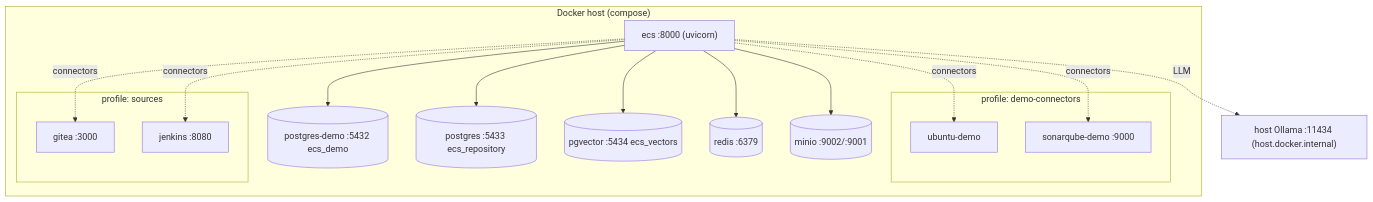
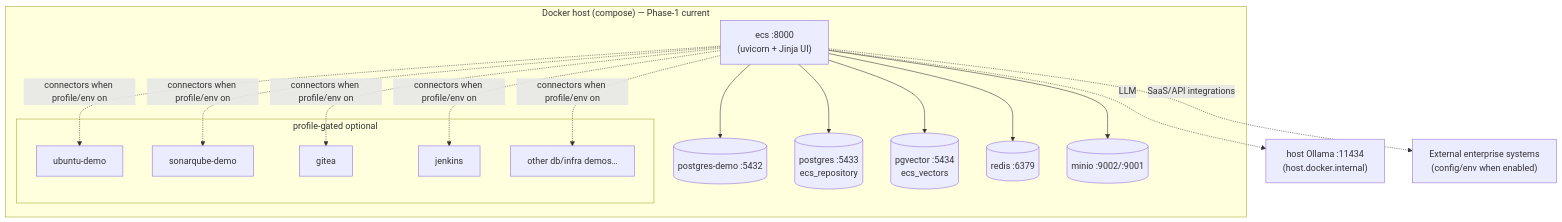
The first of 7 diagrams in docs/02-architecture/architecture/ecs_deployment_architecture.md (ECS-Platform/ecs-enterprise-backup), drawn with Mermaid before and after one commit. The commit also changed other lines of this file and 25 other files, not shown here.

Commit message:
docs: complete Phase-1 architecture documentation

````diff
--- a/docs/02-architecture/architecture/ecs_deployment_architecture.md
+++ b/docs/02-architecture/architecture/ecs_deployment_architecture.md
@@ -38,23 +78,24 @@
 ```mermaid
 graph TD
-  subgraph Host["Docker host (compose)"]
-    ECS["ecs :8000 (uvicorn)"]
-    PGD[("postgres-demo :5432 ecs_demo")]
-    PGR[("postgres :5433 ecs_repository")]
-    PGV[("pgvector :5434 ecs_vectors")]
+  subgraph Host["Docker host (compose) — Phase-1 current"]
+    ECS["ecs :8000\n(uvicorn + Jinja UI)"]
+    PGD[("postgres-demo :5432")]
+    PGR[("postgres :5433\necs_repository")]
+    PGV[("pgvector :5434\necs_vectors")]
     RDS[("redis :6379")]
     OBJ[("minio :9002/:9001")]
-    subgraph demoConnectors["profile: demo-connectors"]
+    subgraph Profiles["profile-gated optional"]
       UB["ubuntu-demo"]
-      SQ["sonarqube-demo :9000"]
-    end
-    subgraph sources["profile: sources"]
-      GIT["gitea :3000"]
-      JEN["jenkins :8080"]
+      SQ["sonarqube-demo"]
+      GIT["gitea"]
+      JEN["jenkins"]
+      OTHER["other db/infra demos…"]
     end
   end
-  OLL["host Ollama :11434 (host.docker.internal)"]
+  OLL["host Ollama :11434\n(host.docker.internal)"]
+  EXT["External enterprise systems\n(config/env when enabled)"]
   ECS --> PGD & PGR & PGV & RDS & OBJ
-  ECS -. connectors .-> UB & SQ & GIT & JEN
+  ECS -. connectors when profile/env on .-> UB & SQ & GIT & JEN & OTHER
   ECS -. LLM .-> OLL
+  ECS -. SaaS/API integrations .-> EXT
 ```
````
